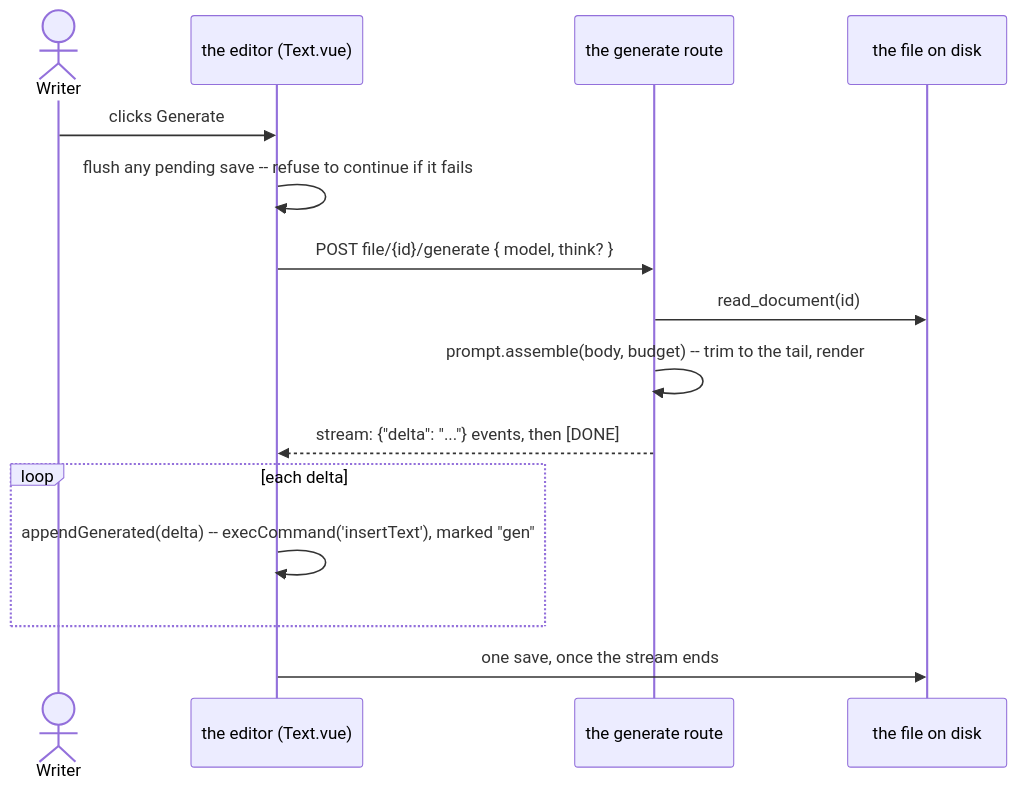
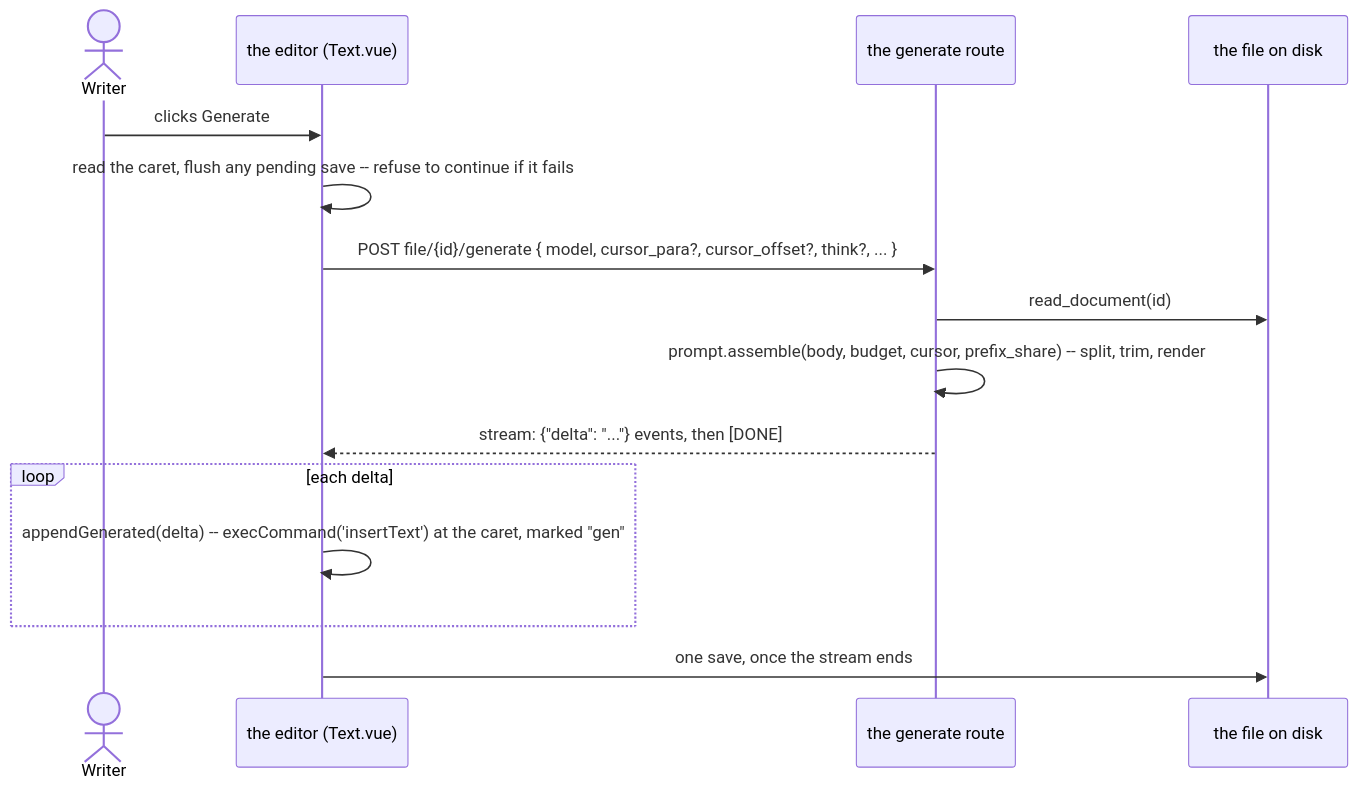
Before and after one commit to InkSpireEditor/inkspire-api: the first of 2 diagrams in docs/prompt.md, drawn with Mermaid. The commit also changed other lines of this file and 10 other files, not shown here.

First line of the commit message:
Generate at the caret: split the prompt into a prefix and a suffix

````diff
--- a/docs/prompt.md
+++ b/docs/prompt.md
@@ -12,18 +12,18 @@
 ```mermaid
 sequenceDiagram
     actor W as Writer
     participant E as the editor (Text.vue)
     participant API as the generate route
     participant FS as the file on disk
 
     W->>E: clicks Generate
-    E->>E: flush any pending save -- refuse to continue if it fails
-    E->>API: POST file/{id}/generate { model, think? }
+    E->>E: read the caret, flush any pending save -- refuse to continue if it fails
+    E->>API: POST file/{id}/generate { model, cursor_para?, cursor_offset?, think?, ... }
     API->>FS: read_document(id)
-    API->>API: prompt.assemble(body, budget) -- trim to the tail, render
+    API->>API: prompt.assemble(body, budget, cursor, prefix_share) -- split, trim, render
     API-->>E: stream: {"delta": "..."} events, then [DONE]
     loop each delta
-        E->>E: appendGenerated(delta) -- execCommand('insertText'), marked "gen"
+        E->>E: appendGenerated(delta) -- execCommand('insertText') at the caret, marked "gen"
     end
     E->>FS: one save, once the stream ends
 ```
````
